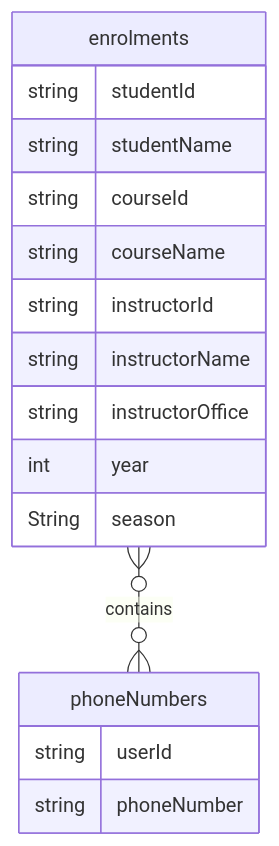
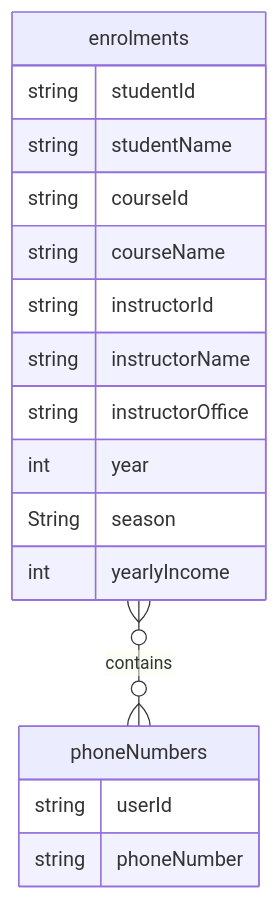
One commit to nascarsayan/dbms-kce changed the second of 4 diagrams in day-3/normalization.md. Above: the diagram before and after it, drawn with Mermaid. The commit also changed other lines of this file and 3 other files, not shown here.

````diff
--- a/day-3/normalization.md
+++ b/day-3/normalization.md
@@ -48,21 +130,22 @@
 ```mermaid
 erDiagram
     enrolments {
         string studentId
         string studentName
         string courseId
         string courseName
         string instructorId
         string instructorName
         string instructorOffice
         int year
         String season
+        int yearlyIncome
     }
     
     phoneNumbers {
         string userId
         string phoneNumber
     }
     
     enrolments zero or more to zero or more phoneNumbers : contains
 ```
````
